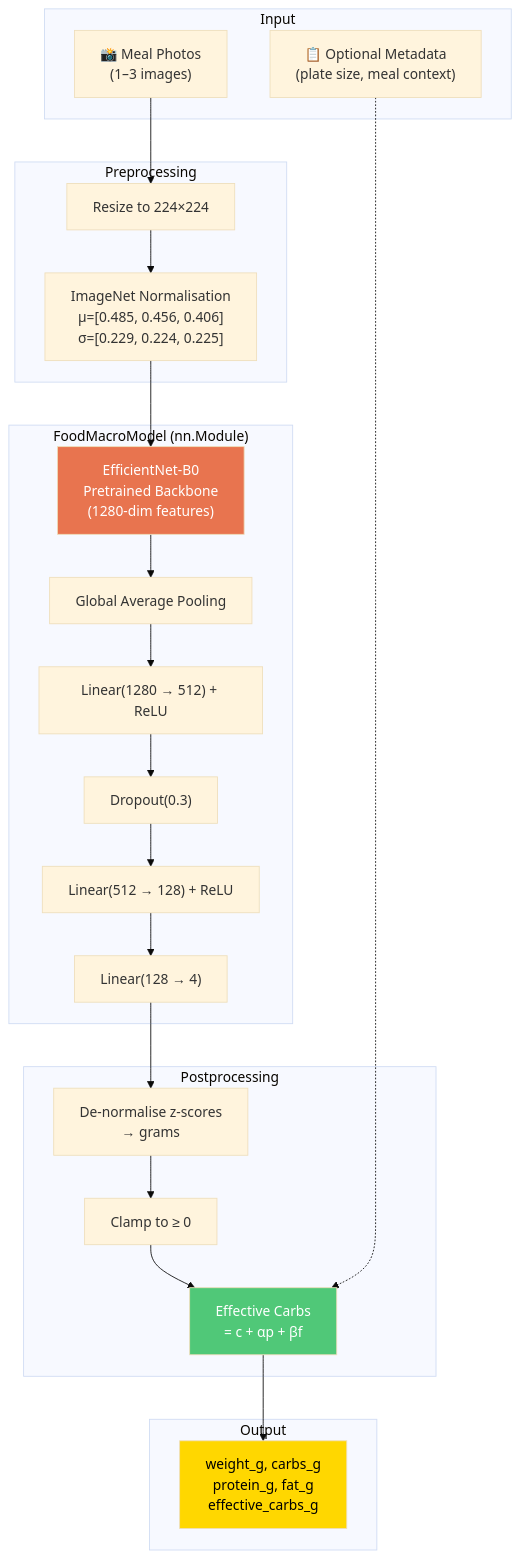
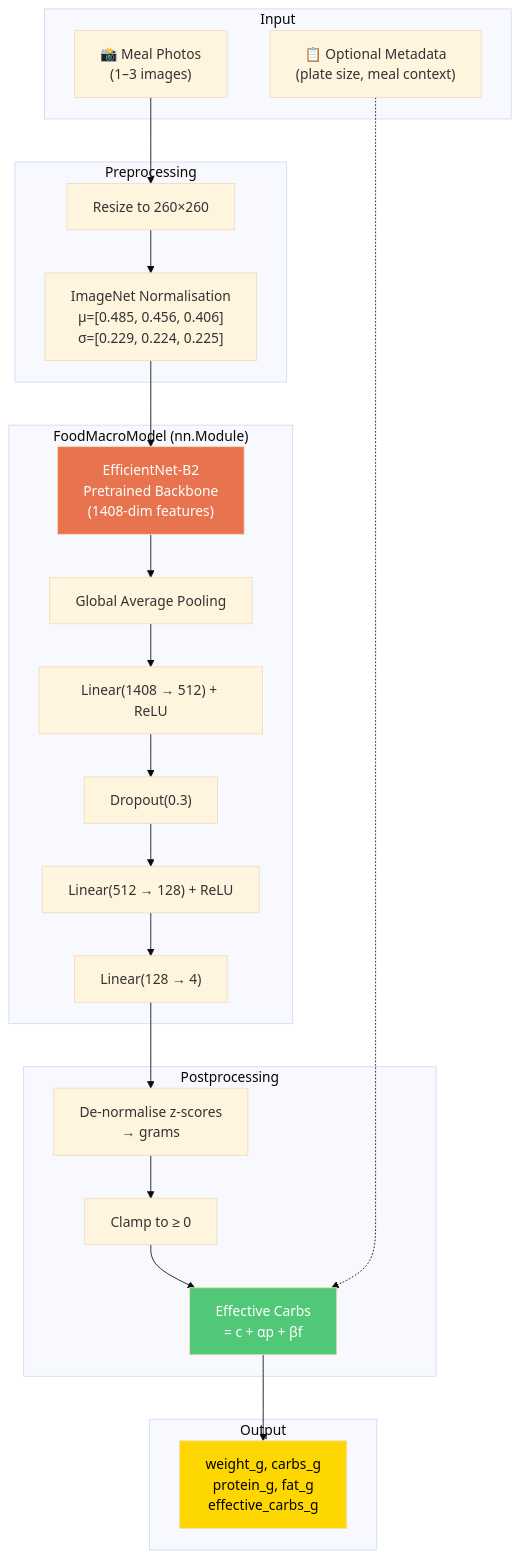
The first of 3 diagrams in README.md (alienspirit7/L41_HomeWork), drawn with Mermaid (base theme) before and after one commit. The commit also changed other lines of this file and 27 other files, not shown here.

````diff
--- a/README.md
+++ b/README.md
@@ -113,39 +113,39 @@
 ```mermaid
 graph TD
     subgraph Input
         A["📸 Meal Photos<br/>(1–3 images)"]
         B["📋 Optional Metadata<br/>(plate size, meal context)"]
     end
 
     subgraph Preprocessing
-        C["Resize to 224×224"]
+        C["Resize to 260×260"]
         D["ImageNet Normalisation<br/>μ=[0.485, 0.456, 0.406]<br/>σ=[0.229, 0.224, 0.225]"]
     end
 
     subgraph Model ["FoodMacroModel (nn.Module)"]
-        E["EfficientNet-B0<br/>Pretrained Backbone<br/>(1280-dim features)"]
+        E["EfficientNet-B2<br/>Pretrained Backbone<br/>(1408-dim features)"]
         F["Global Average Pooling"]
-        G["Linear(1280 → 512) + ReLU"]
+        G["Linear(1408 → 512) + ReLU"]
         H["Dropout(0.3)"]
         I["Linear(512 → 128) + ReLU"]
         J["Linear(128 → 4)"]
     end
 
     subgraph Postprocessing
         K["De-normalise z-scores<br/>→ grams"]
         L["Clamp to ≥ 0"]
         M["Effective Carbs<br/>= c + αp + βf"]
     end
 
     subgraph Output
         N["weight_g, carbs_g<br/>protein_g, fat_g<br/>effective_carbs_g"]
     end
 
     A --> C --> D --> E --> F --> G --> H --> I --> J
     J --> K --> L --> M --> N
     B -.-> M
 
     style E fill:#E8744F,color:white
     style M fill:#50C878,color:white
     style N fill:#FFD700,color:black
 ```
````
